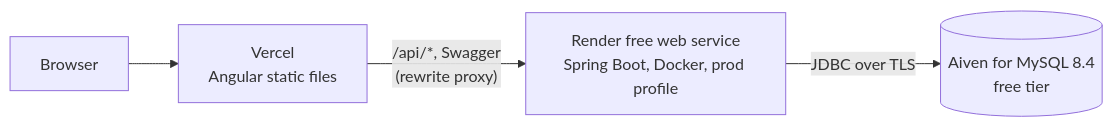
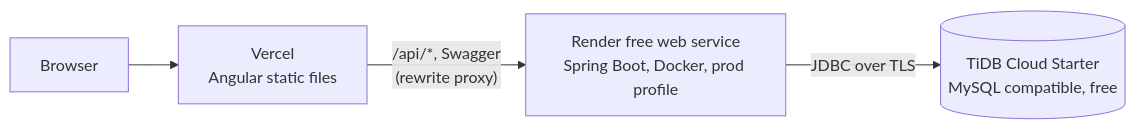
The second of 2 diagrams in README.md (kymanirjarrett/clausify), drawn with Mermaid before and after one commit. The commit also changed other lines of this file and 9 other files, not shown here.

Commit message:
chore(deploy): move hosted MySQL from Aiven to TiDB Cloud Starter

````diff
--- a/README.md
+++ b/README.md
@@ -116,6 +116,6 @@
 ```mermaid
 flowchart LR
     B["Browser"] --> V["Vercel<br/>Angular static files"]
     V -- "/api/*, Swagger<br/>(rewrite proxy)" --> R["Render free web service<br/>Spring Boot, Docker, prod profile"]
-    R -- "JDBC over TLS" --> A[("Aiven for MySQL 8.4<br/>free tier")]
+    R -- "JDBC over TLS" --> A[("TiDB Cloud Starter<br/>MySQL compatible, free")]
 ```
````
